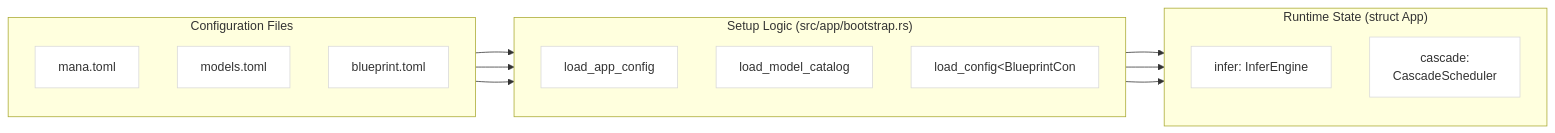
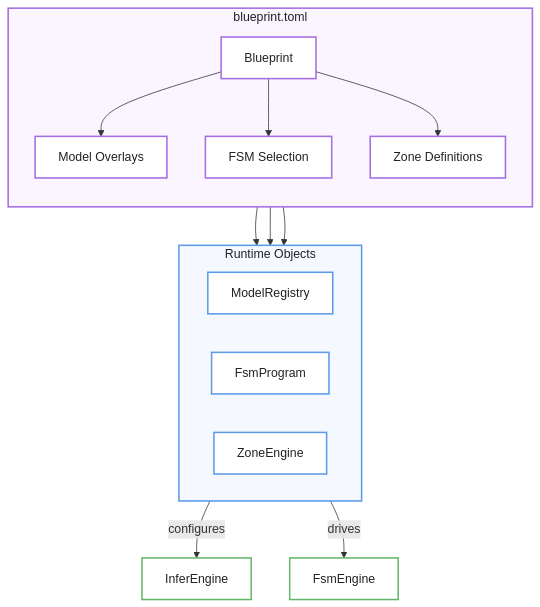
One commit to e7canasta/mana-lite changed the second of 2 diagrams in docs/wiki/1-overview.md. Above: the diagram before and after it, drawn with Mermaid. The commit also changed other lines of this file and 64 other files, not shown here.

````diff
--- a/docs/wiki/1-overview.md
+++ b/docs/wiki/1-overview.md
@@ -115,39 +146,80 @@
 ```mermaid
-flowchart LR
+flowchart TB
 
-    subgraph CONFIG["Configuration Files"]
+    %% ========================================
+    %% CONFIGURATION
+    %% ========================================
+
+    subgraph CONFIG["blueprint.toml"]
         direction TB
-        MANA["mana.toml"]
-        MODELS["models.toml"]
-        BLUEPRINT["blueprint.toml"]
+
+        Blueprint["Blueprint"]
+
+        ModelOverlays["Model Overlays"]
+        FSMSelection["FSM Selection"]
+        ZoneDefinitions["Zone Definitions"]
+
+        Blueprint --> ModelOverlays
+        Blueprint --> FSMSelection
+        Blueprint --> ZoneDefinitions
     end
 
-    subgraph SETUP["Setup Logic (src/app/bootstrap.rs)"]
-        direction TB
-        LOAD_APP["load_app_config"]
-        LOAD_MODELS["load_model_catalog"]
-        LOAD_CONFIG["load_config&lt;BlueprintCon"]
+
+    %% ========================================
+    %% RUNTIME OBJECTS
+    %% ========================================
+
+    subgraph RUNTIME["Runtime Objects"]
+        direction LR
+
+        ModelRegistry["ModelRegistry"]
+        FsmProgram["FsmProgram"]
+        ZoneEngine["ZoneEngine"]
     end
 
-    subgraph RUNTIME["Runtime State (struct App)"]
-        direction TB
-        INFER["infer: InferEngine"]
-        CASCADE["cascade:<br/>CascadeScheduler"]
-    end
 
-    MANA --> LOAD_APP
-    MODELS --> LOAD_MODELS
-    BLUEPRINT --> LOAD_CONFIG
+    %% ========================================
+    %% ENGINES
+    %% ========================================
 
-    LOAD_APP --> INFER
-    LOAD_MODELS --> INFER
-    LOAD_CONFIG --> CASCADE
+    InferEngine["InferEngine"]
+    FsmEngine["FsmEngine"]
 
-    classDef config fill:#fff,stroke:#d9d9d9,color:#333
-    classDef setup fill:#fff,stroke:#d9d9d9,color:#333
-    classDef runtime fill:#fff,stroke:#d9d9d9,color:#333
 
-    class MANA,MODELS,BLUEPRINT config
-    class LOAD_APP,LOAD_MODELS,LOAD_CONFIG setup
-    class INFER,CASCADE runtime
+    %% ========================================
+    %% CONFIG → RUNTIME
+    %% ========================================
+
+    ModelOverlays --> ModelRegistry
+    FSMSelection --> FsmProgram
+    ZoneDefinitions --> ZoneEngine
+
+
+    %% ========================================
+    %% RUNTIME → ENGINES
+    %% ========================================
+
+    ModelRegistry -->|configures| InferEngine
+    FsmProgram -->|drives| FsmEngine
+
+
+    %% ========================================
+    %% NODE STYLES
+    %% ========================================
+
+    classDef configNode fill:#FFFFFF,stroke:#A56DE2,stroke-width:2px,color:#222;
+    classDef runtimeNode fill:#FFFFFF,stroke:#5B9BEA,stroke-width:2px,color:#222;
+    classDef engineNode fill:#FFFFFF,stroke:#65B86B,stroke-width:2px,color:#222;
+
+    class Blueprint,ModelOverlays,FSMSelection,ZoneDefinitions configNode;
+    class ModelRegistry,FsmProgram,ZoneEngine runtimeNode;
+    class InferEngine,FsmEngine engineNode;
+
+
+    %% ========================================
+    %% CONTAINER STYLES
+    %% ========================================
+
+    style CONFIG fill:#FAF5FF,stroke:#A56DE2,stroke-width:2px,color:#222;
+    style RUNTIME fill:#F5F9FF,stroke:#5B9BEA,stroke-width:2px,color:#222;
 ```
````
